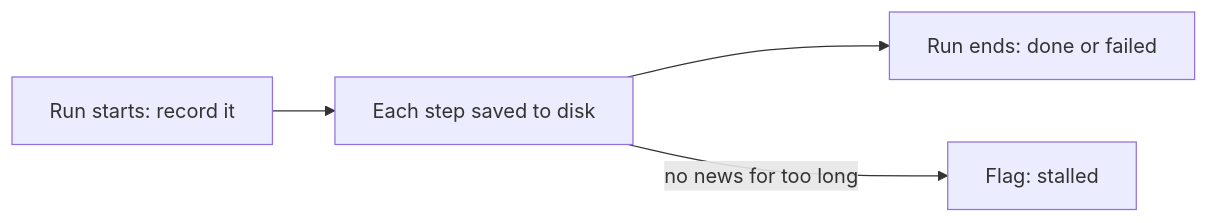
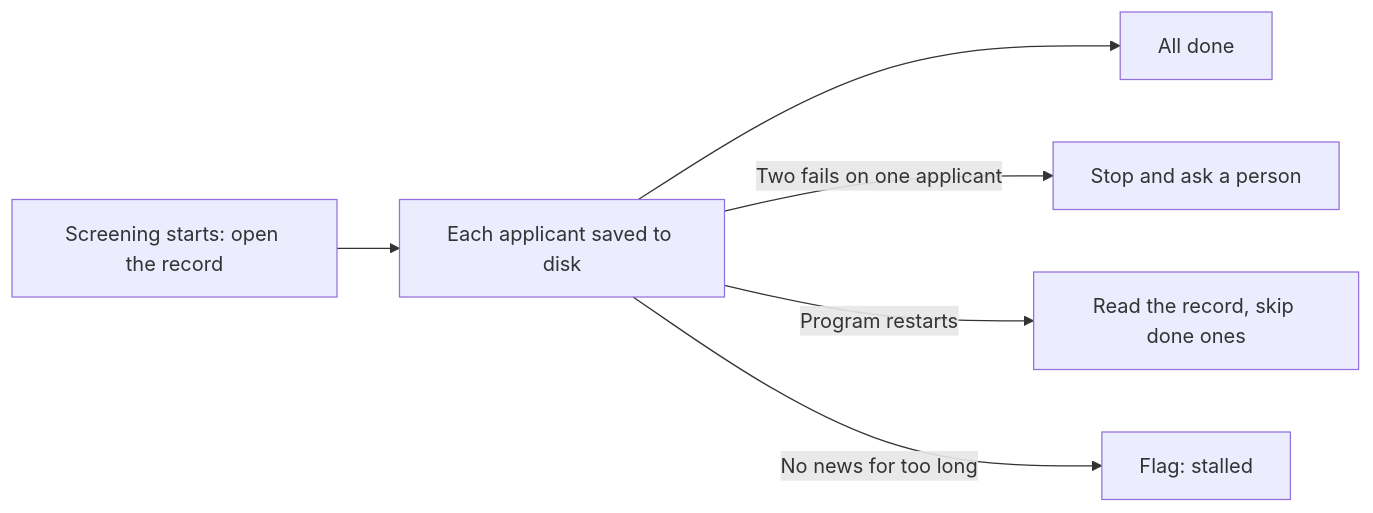
The diagram in docs/labs/19-run-state.md (learnwithparam/agentic-ai-live-labs), drawn with Mermaid before and after one commit. The commit also changed other lines of this file and 44 other files, not shown here.

````diff
--- a/docs/labs/19-run-state.md
+++ b/docs/labs/19-run-state.md
@@ -7,6 +7,8 @@
 ```mermaid
 flowchart LR
-  A["Run starts: record it"] --> B["Each step saved to disk"]
-  B --> C["Run ends: done or failed"]
-  B -->|"no news for too long"| D["Flag: stalled"]
+  A["Screening starts: open the record"] --> B["Each applicant saved to disk"]
+  B --> C["All done"]
+  B -->|"Two fails on one applicant"| E["Stop and ask a person"]
+  B -->|"Program restarts"| R["Read the record, skip done ones"]
+  B -->|"No news for too long"| D["Flag: stalled"]
 ```
````
